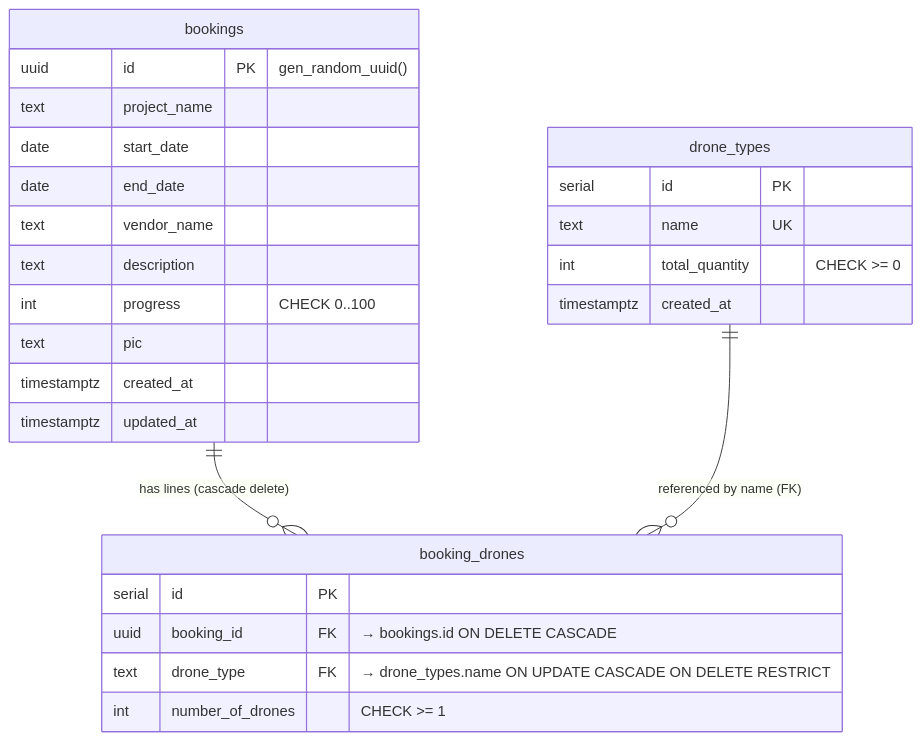
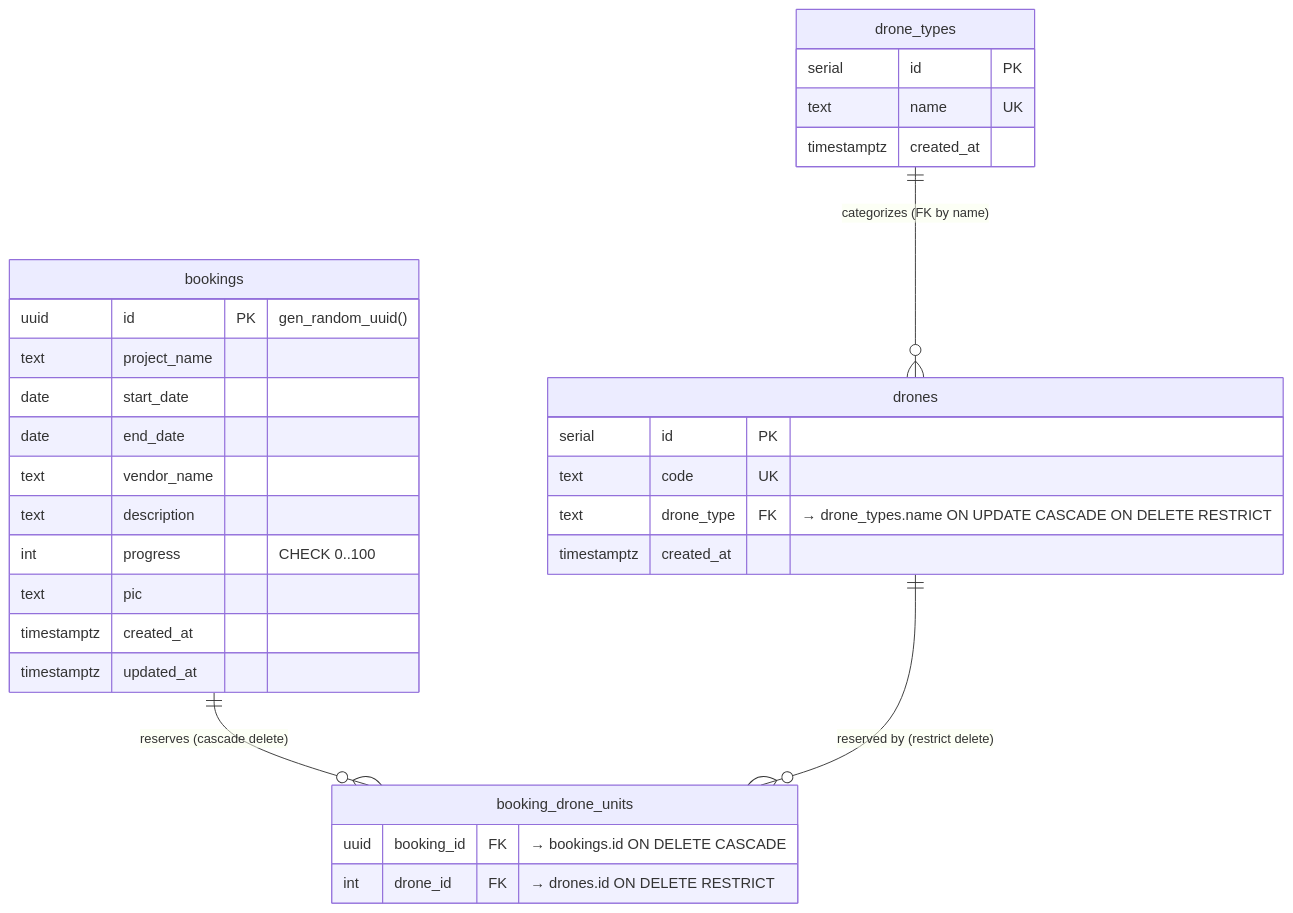
The second of 3 diagrams in docs/ARCHITECTURE.md (najibuhuy/book-my-drone), drawn with Mermaid before and after one commit. The commit also changed other lines of this file and 14 other files, not shown here.

First line of the commit message:
Track drones individually by unique code; add calendar filters

````diff
--- a/docs/ARCHITECTURE.md
+++ b/docs/ARCHITECTURE.md
@@ -73,30 +73,34 @@
 ```mermaid
 erDiagram
-  bookings ||--o{ booking_drones : "has lines (cascade delete)"
-  drone_types ||--o{ booking_drones : "referenced by name (FK)"
+  bookings ||--o{ booking_drone_units : "reserves (cascade delete)"
+  drones   ||--o{ booking_drone_units : "reserved by (restrict delete)"
+  drone_types ||--o{ drones : "categorizes (FK by name)"
 
   drone_types {
     serial      id PK
     text        name UK
-    int         total_quantity "CHECK >= 0"
+    timestamptz created_at
+  }
+  drones {
+    serial      id PK
+    text        code UK
+    text        drone_type FK "→ drone_types.name ON UPDATE CASCADE ON DELETE RESTRICT"
     timestamptz created_at
   }
   bookings {
     uuid        id PK "gen_random_uuid()"
     text        project_name
     date        start_date
     date        end_date
     text        vendor_name
     text        description
     int         progress "CHECK 0..100"
     text        pic
     timestamptz created_at
     timestamptz updated_at
   }
-  booking_drones {
-    serial id PK
-    uuid   booking_id FK "→ bookings.id ON DELETE CASCADE"
-    text   drone_type FK "→ drone_types.name ON UPDATE CASCADE ON DELETE RESTRICT"
-    int    number_of_drones "CHECK >= 1"
+  booking_drone_units {
+    uuid    booking_id FK "→ bookings.id ON DELETE CASCADE"
+    int     drone_id   FK "→ drones.id ON DELETE RESTRICT"
   }
 ```
````
